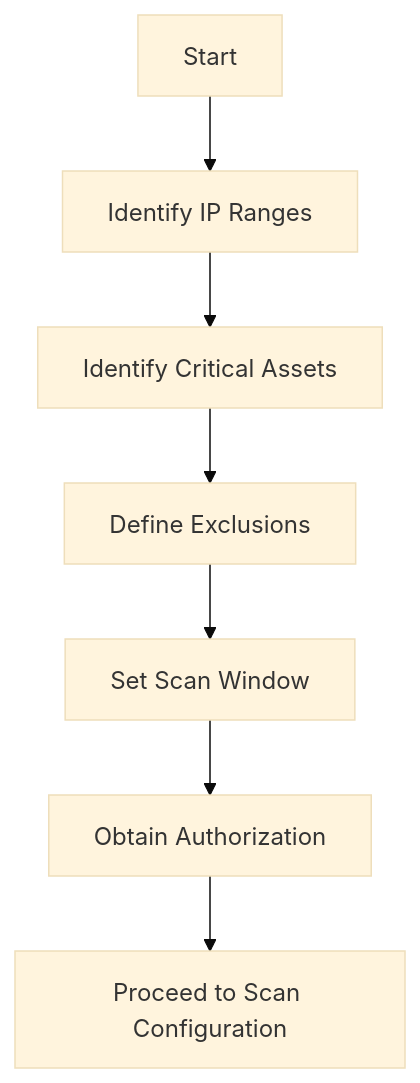
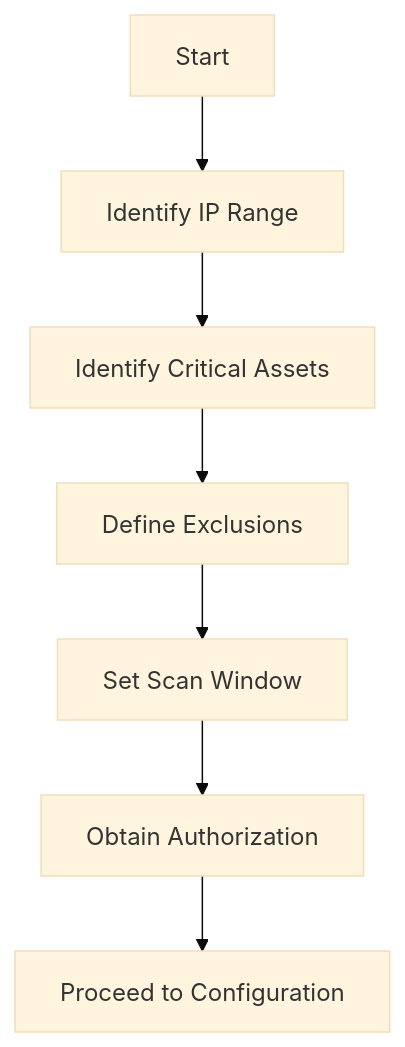
One commit to SiddhSamarth/Elevate-Labs-Projects changed the first of 6 diagrams in Vulnerability Assessment & Risk Prioritization.md. Above: the diagram before and after it, drawn with Mermaid (base theme). The commit also changed other lines of this file, not shown here.

````diff
--- a/Vulnerability Assessment & Risk Prioritization.md
+++ b/Vulnerability Assessment & Risk Prioritization.md
@@ -87,9 +103,9 @@
 ```mermaid
 flowchart TD
-    A[Start] --> B[Identify IP Ranges]
+    A[Start] --> B[Identify IP Range]
     B --> C[Identify Critical Assets]
     C --> D[Define Exclusions]
     D --> E[Set Scan Window]
     E --> F[Obtain Authorization]
-    F --> G[Proceed to Scan Configuration]
+    F --> G[Proceed to Configuration]
 ```
````
